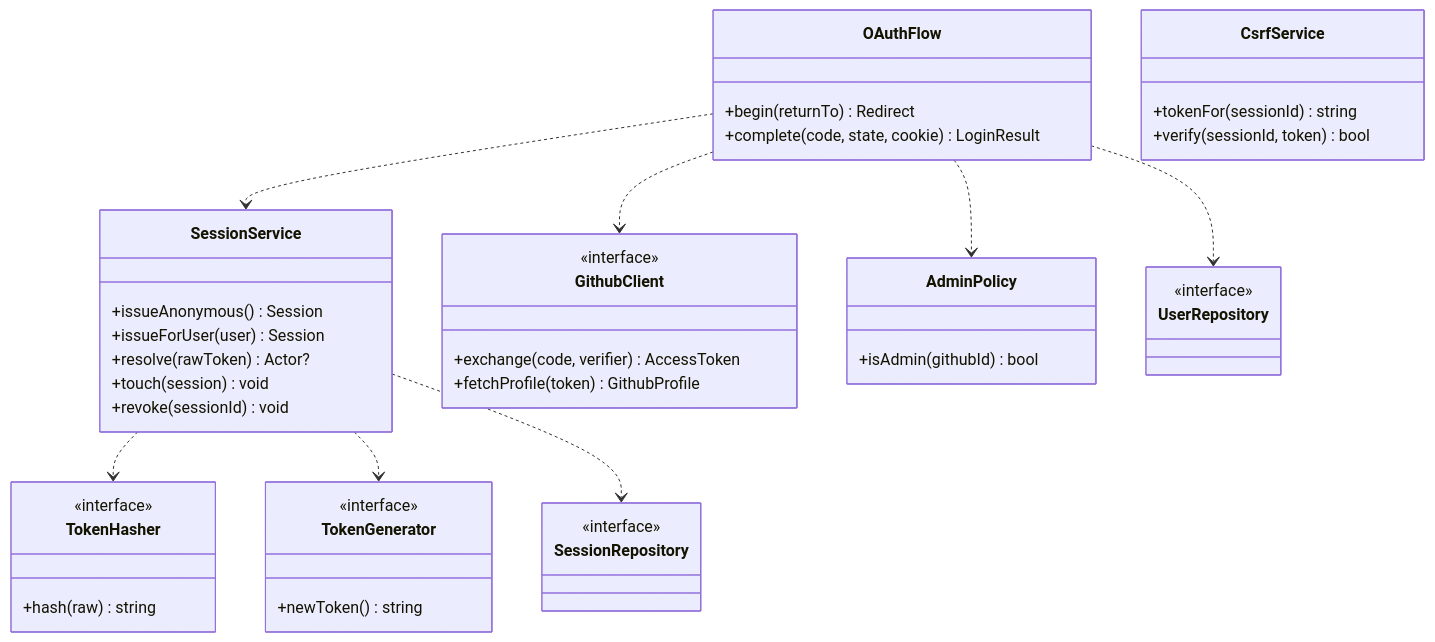
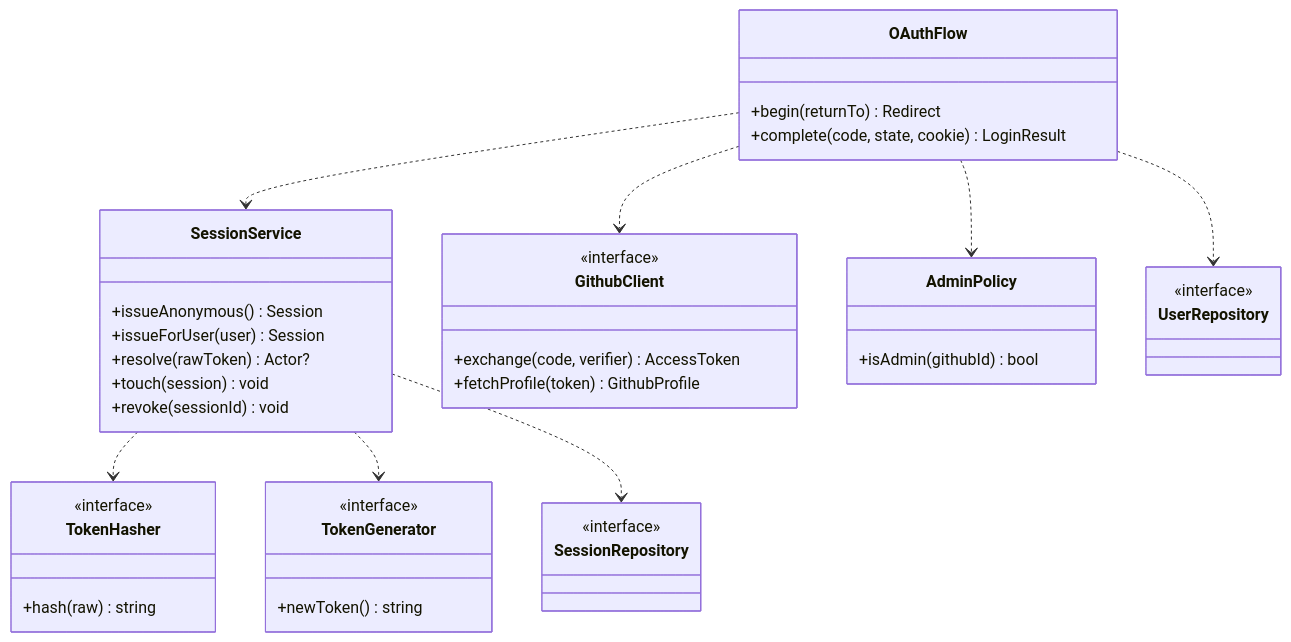
Before and after one commit to 1985jwlee/portpolio_backend: the fourth of 6 diagrams in docs/design/06-auth.md, drawn with Mermaid. The commit also changed other lines of this file and 33 other files, not shown here.

````diff
--- a/docs/design/06-auth.md
+++ b/docs/design/06-auth.md
@@ -154,47 +154,43 @@
 ```mermaid
 classDiagram
     class SessionService {
         +issueAnonymous() Session
         +issueForUser(user) Session
         +resolve(rawToken) Actor?
         +touch(session) void
         +revoke(sessionId) void
     }
     class TokenHasher {
         <<interface>>
         +hash(raw) string
     }
     class TokenGenerator {
         <<interface>>
         +newToken() string
     }
     class OAuthFlow {
         +begin(returnTo) Redirect
         +complete(code, state, cookie) LoginResult
     }
     class GithubClient {
         <<interface>>
         +exchange(code, verifier) AccessToken
         +fetchProfile(token) GithubProfile
     }
     class AdminPolicy {
         +isAdmin(githubId) bool
     }
-    class CsrfService {
-        +tokenFor(sessionId) string
-        +verify(sessionId, token) bool
-    }
     class SessionRepository {
         <<interface>>
     }
     class UserRepository {
         <<interface>>
     }
     SessionService ..> TokenHasher
     SessionService ..> TokenGenerator
     SessionService ..> SessionRepository
     OAuthFlow ..> GithubClient
     OAuthFlow ..> SessionService
     OAuthFlow ..> UserRepository
     OAuthFlow ..> AdminPolicy
 ```
````
